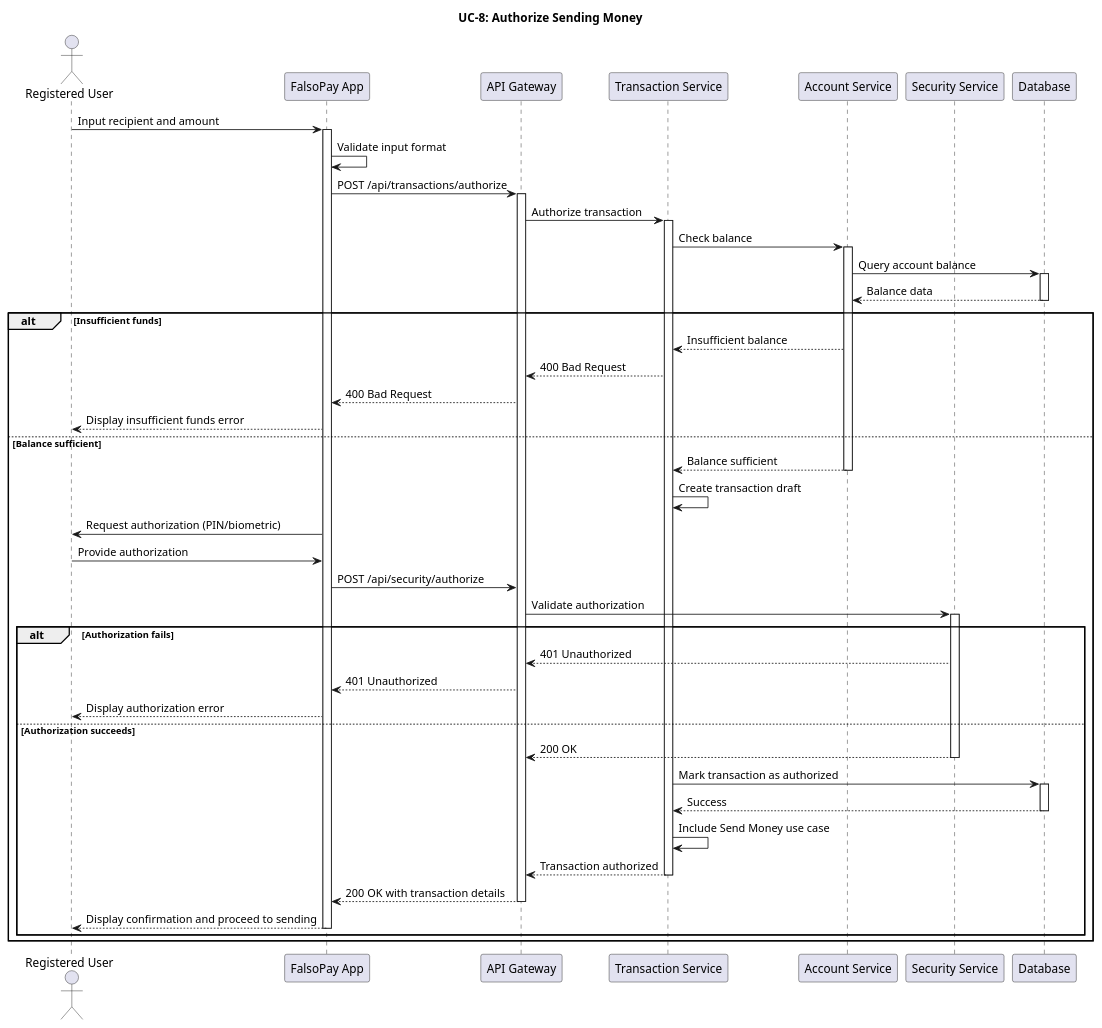
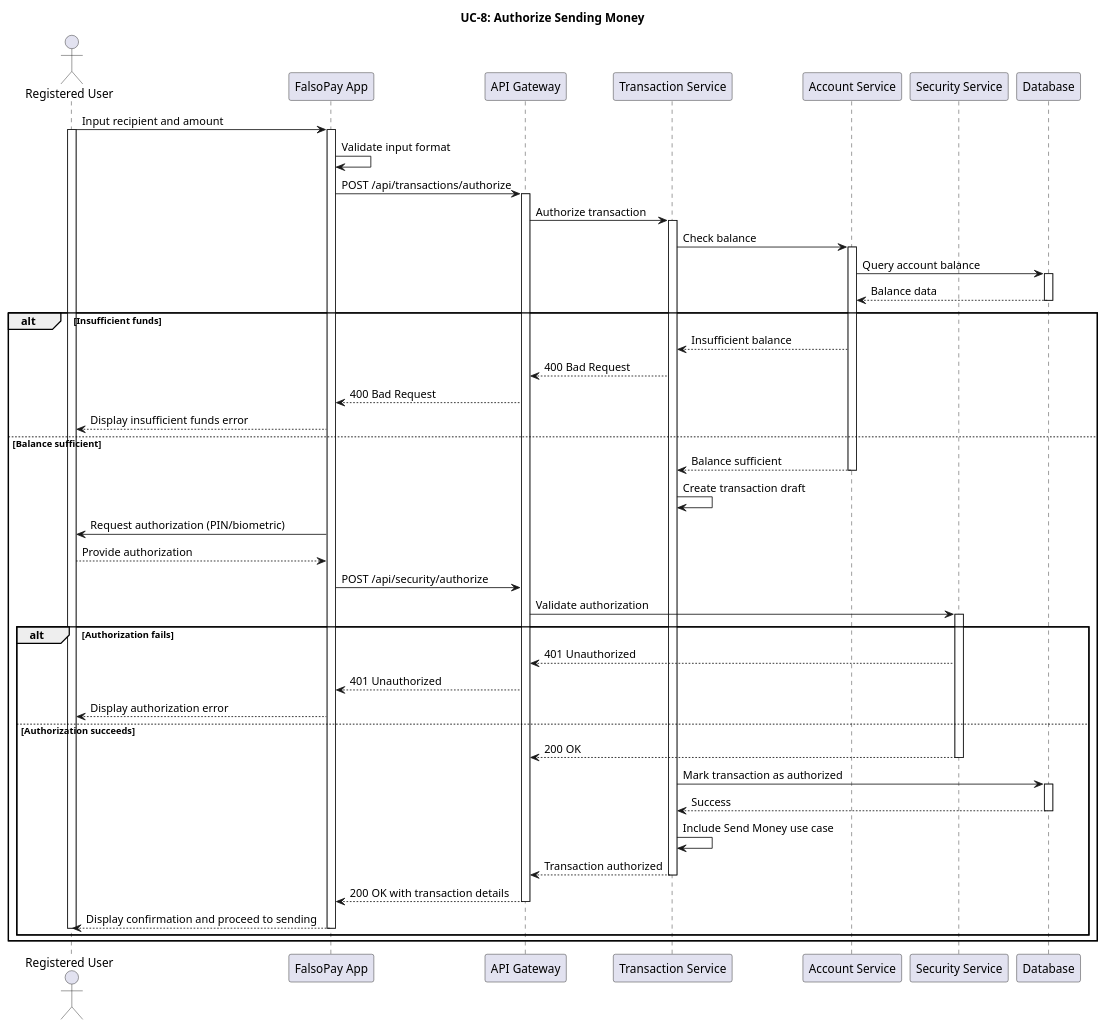
The diagram in docs/design/sequence-diagrams/UC8-AuthorizeSendingMoney.puml (Adhamzineldin/Falsopay), drawn with PlantUML before and after one commit. The commit also changed 8 other files, not shown here.

```diff
--- a/docs/design/sequence-diagrams/UC8-AuthorizeSendingMoney.puml
+++ b/docs/design/sequence-diagrams/UC8-AuthorizeSendingMoney.puml
@@ -1,75 +1,76 @@
 @startuml UC8-AuthorizeSendingMoney
 
 actor "Registered User" as User
 participant "FalsoPay App" as App
 participant "API Gateway" as Gateway
 participant "Transaction Service" as TransService
 participant "Account Service" as AccountService
 participant "Security Service" as SecService
 participant "Database" as DB
 
 title UC-8: Authorize Sending Money
 
 User -> App: Input recipient and amount
 activate App
-
+activate User
 App -> App: Validate input format
 App -> Gateway: POST /api/transactions/authorize
 activate Gateway
 
 Gateway -> TransService: Authorize transaction
 activate TransService
 
 TransService -> AccountService: Check balance
 activate AccountService
 
 AccountService -> DB: Query account balance
 activate DB
 DB --> AccountService: Balance data
 deactivate DB
 
 alt Insufficient funds
     AccountService --> TransService: Insufficient balance
     TransService --> Gateway: 400 Bad Request
     Gateway --> App: 400 Bad Request
     App --> User: Display insufficient funds error
 else Balance sufficient
     AccountService --> TransService: Balance sufficient
     deactivate AccountService
     
     TransService -> TransService: Create transaction draft
     
     App -> User: Request authorization (PIN/biometric)
-    User -> App: Provide authorization
+    User --> App: Provide authorization
     
     App -> Gateway: POST /api/security/authorize
     Gateway -> SecService: Validate authorization
     activate SecService
     
     alt Authorization fails
         SecService --> Gateway: 401 Unauthorized
         Gateway --> App: 401 Unauthorized
         App --> User: Display authorization error
     else Authorization succeeds
         SecService --> Gateway: 200 OK
         deactivate SecService
         
         TransService -> DB: Mark transaction as authorized
         activate DB
         DB --> TransService: Success
         deactivate DB
         
         TransService -> TransService: Include Send Money use case
         
         TransService --> Gateway: Transaction authorized
         deactivate TransService
         
         Gateway --> App: 200 OK with transaction details
         deactivate Gateway
         
         App --> User: Display confirmation and proceed to sending
         deactivate App
+        deactivate User
     end
 end
 
 @enduml 
```
